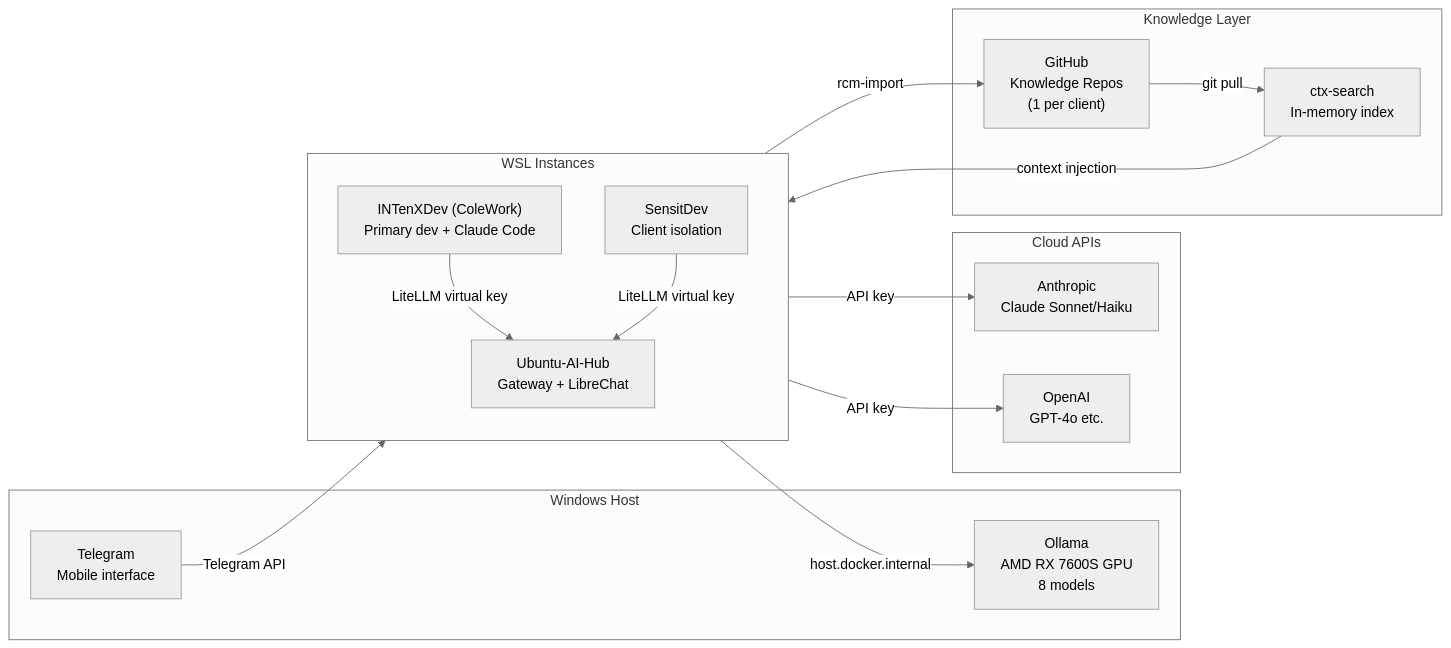
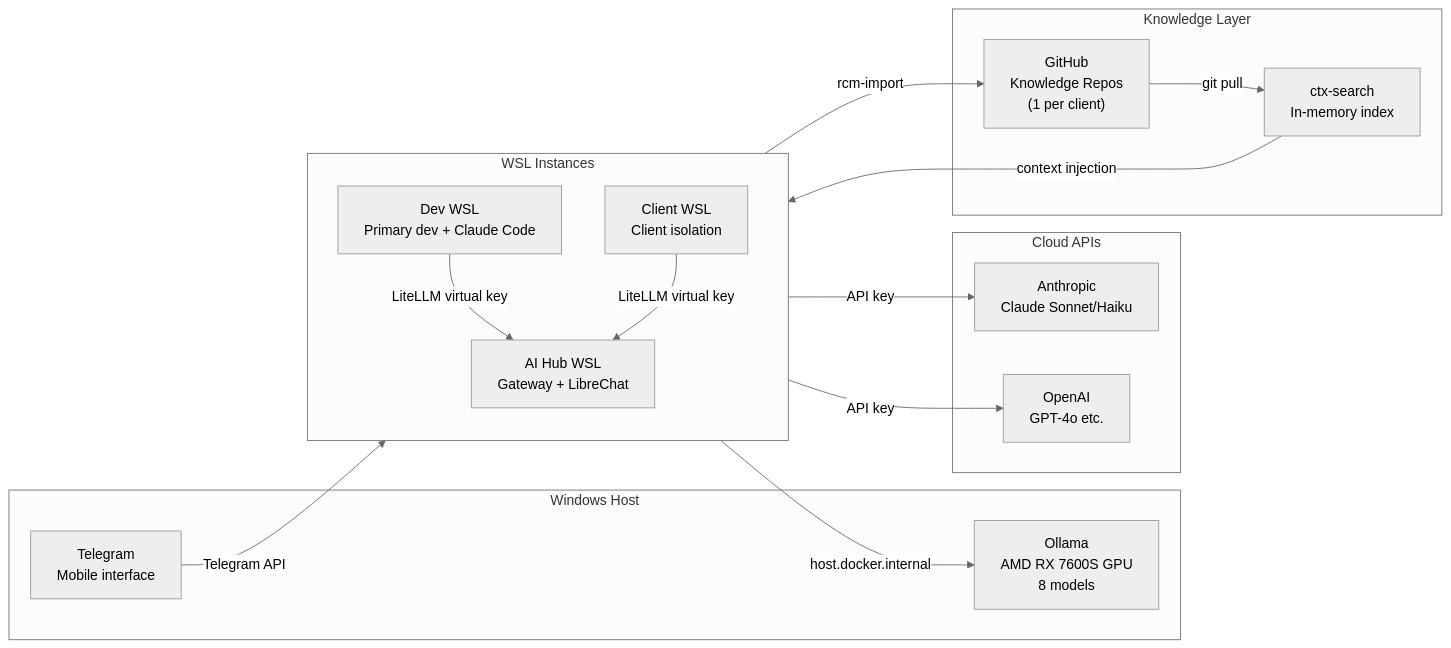
One commit to INTenX/rtgf-sage changed the first of 2 diagrams in docs/architecture/overview.md. Above: the diagram before and after it, drawn with Mermaid (neutral theme). The commit also changed other lines of this file and 8 other files, not shown here.

````diff
--- a/docs/architecture/overview.md
+++ b/docs/architecture/overview.md
@@ -7,36 +7,36 @@
 ```mermaid
 graph LR
     subgraph WSL_Instances["WSL Instances"]
         direction TB
-        CW["INTenXDev (ColeWork)\nPrimary dev + Claude Code"]
-        HUB["Ubuntu-AI-Hub\nGateway + LibreChat"]
-        SD["SensitDev\nClient isolation"]
+        CW["Dev WSL\nPrimary dev + Claude Code"]
+        HUB["AI Hub WSL\nGateway + LibreChat"]
+        SD["Client WSL\nClient isolation"]
     end
 
     subgraph Windows["Windows Host"]
         OL["Ollama\nAMD RX 7600S GPU\n8 models"]
         TG["Telegram\nMobile interface"]
     end
 
     subgraph Cloud["Cloud APIs"]
         AN["Anthropic\nClaude Sonnet/Haiku"]
         OA["OpenAI\nGPT-4o etc."]
     end
 
     subgraph Knowledge["Knowledge Layer"]
         GH["GitHub\nKnowledge Repos\n(1 per client)"]
         IDX["ctx-search\nIn-memory index"]
     end
 
     CW -->|"LiteLLM virtual key"| HUB
     SD -->|"LiteLLM virtual key"| HUB
     TG -->|"Telegram API"| HUB
 
     HUB -->|"host.docker.internal"| OL
     HUB -->|"API key"| AN
     HUB -->|"API key"| OA
 
     CW -->|"rcm-import"| GH
     GH -->|"git pull"| IDX
     IDX -->|"context injection"| HUB
 ```
````
